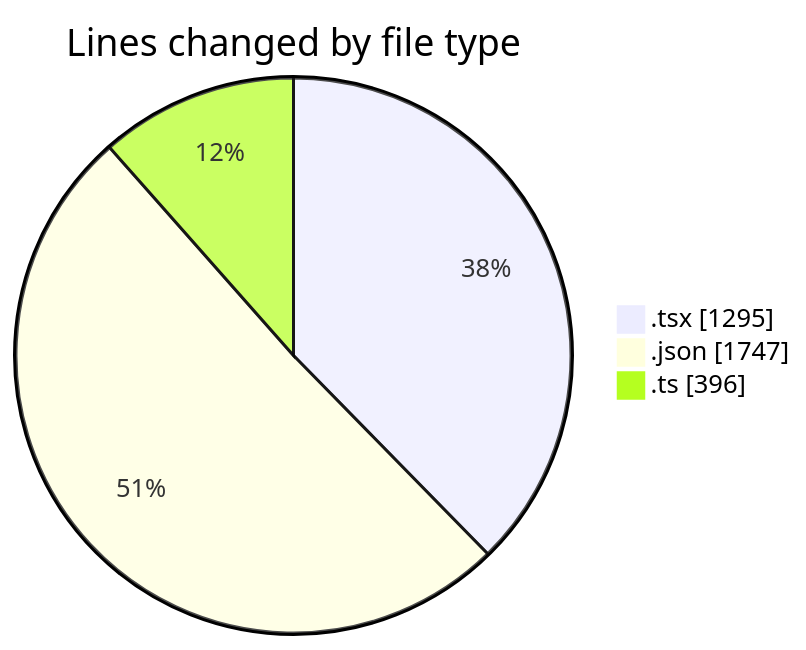
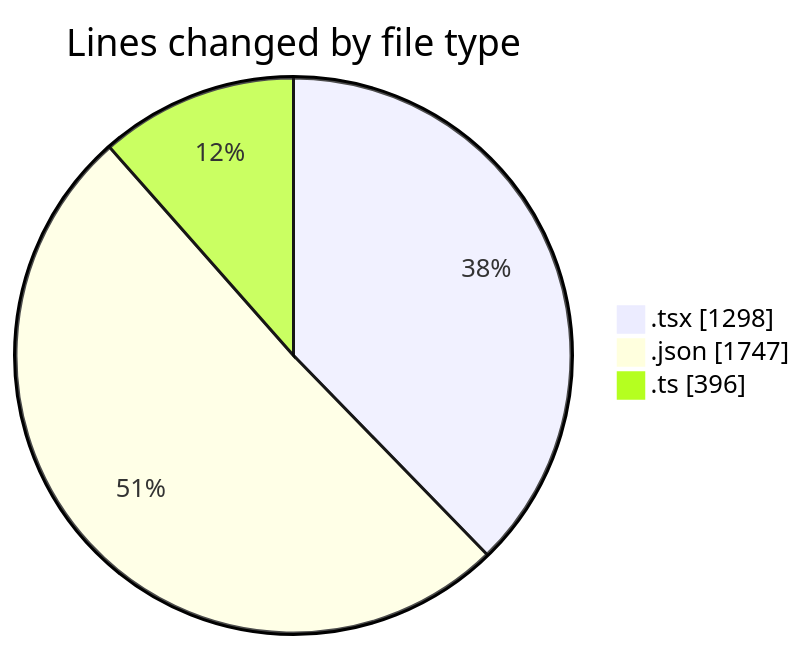
The first of 2 diagrams in 2025-10-30/eventscop-frontend-guide__workspace_/README.md (julien-gomy/code-tracking), drawn with Mermaid before and after one commit. The commit also changed other lines of this file and 1 other file, not shown here.

````diff
--- a/2025-10-30/eventscop-frontend-guide__workspace_/README.md
+++ b/2025-10-30/eventscop-frontend-guide__workspace_/README.md
@@ -31,7 +31,7 @@
 ```mermaid
 pie showData
 title Lines changed by file type
-".tsx" : 1295
+".tsx" : 1298
 ".json" : 1747
 ".ts" : 396
 ```
````
